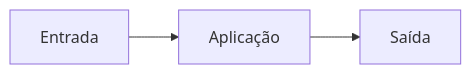
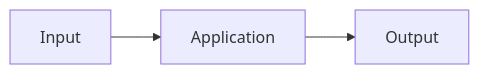
One commit to AdilsonNoveli/saas-starter-kit-cloudflare changed the first of 2 diagrams in docs/flows.md. Above: the diagram before and after it, drawn with Mermaid. The commit also changed other lines of this file and 17 other files, not shown here.

````diff
--- a/docs/flows.md
+++ b/docs/flows.md
@@ -6,4 +6,4 @@
 ```mermaid
 flowchart LR
-  Entrada --> Aplicação --> Saída
+  Input --> Application --> Output
 ```
````
